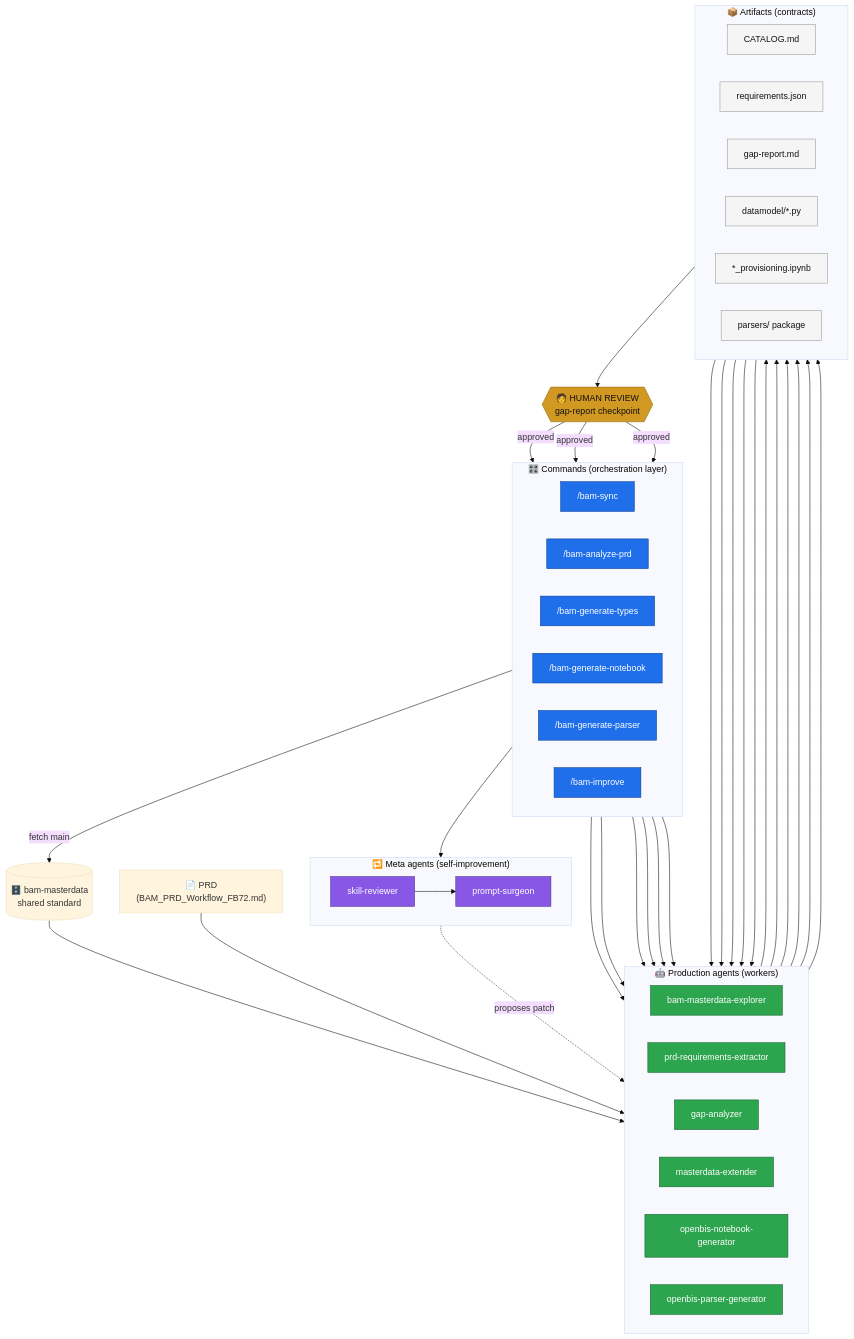
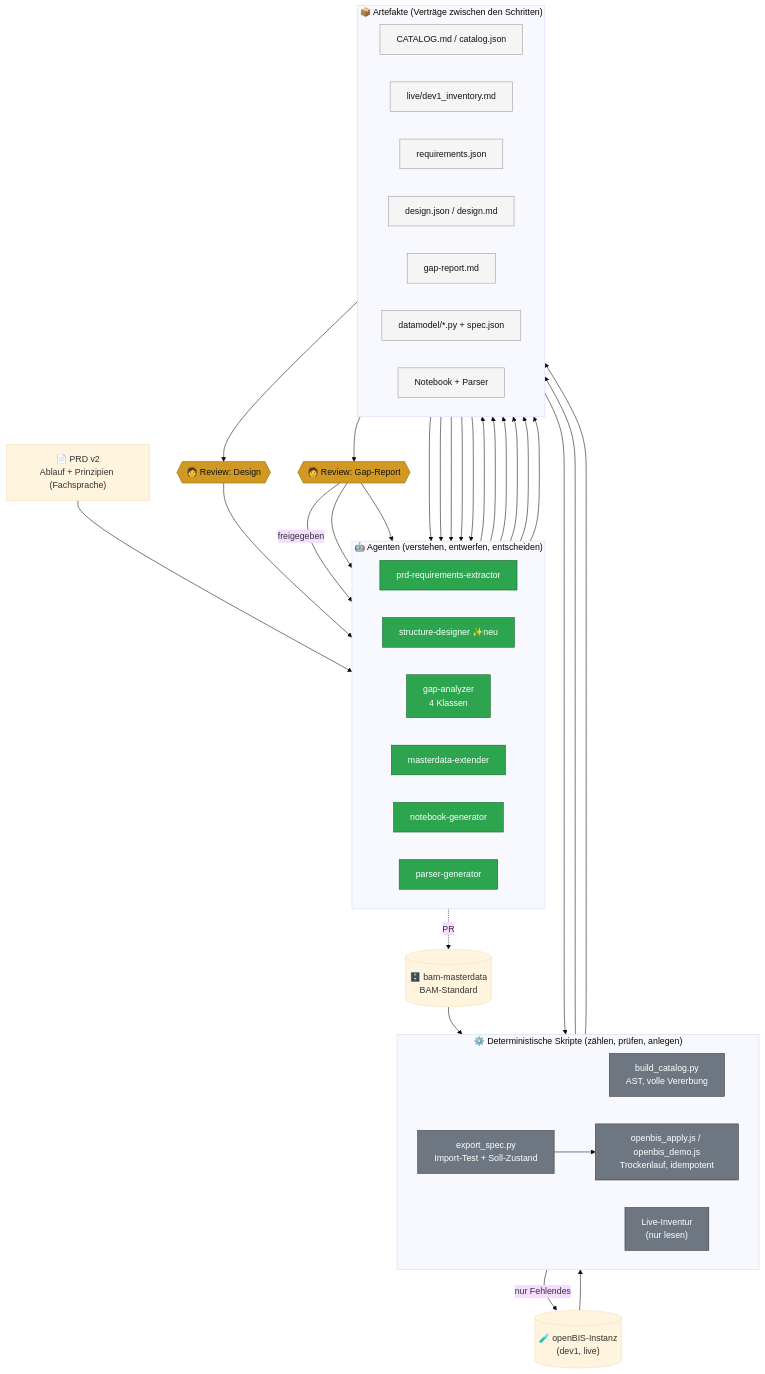
Before and after one commit to PGW-BAM/BAM-Datastore_Import_Agent: the diagram in presentation/diagrams/01_system_architecture.mmd, drawn with Mermaid. The commit also changed 55 other files, not shown here.

First line of the commit message:
FB 7.2: re-run pipeline with flat openBIS structure (PRD v2)

```diff
--- a/presentation/diagrams/01_system_architecture.mmd
+++ b/presentation/diagrams/01_system_architecture.mmd
@@ -1,79 +1,63 @@
 %%{init: {'theme':'base', 'themeVariables': {'fontSize':'16px'}}}%%
 flowchart TB
-    PRD["📄 PRD<br/>(BAM_PRD_Workflow_FB72.md)"]
-    STD[("🗄️ bam-masterdata<br/>shared standard")]
+    PRD["📄 PRD v2<br/>Ablauf + Prinzipien (Fachsprache)"]
+    STD[("🗄️ bam-masterdata<br/>BAM-Standard")]
+    LIVE[("🧪 openBIS-Instanz<br/>(dev1, live)")]
 
-    subgraph CMD["🎛️ Commands (orchestration layer)"]
+    subgraph SCRIPTS["⚙️ Deterministische Skripte (zählen, prüfen, anlegen)"]
         direction LR
-        C0["/bam-sync"]
-        C1["/bam-analyze-prd"]
-        C2a["/bam-generate-types"]
-        C2b["/bam-generate-notebook"]
-        C2c["/bam-generate-parser"]
-        C3["/bam-improve"]
+        K1["build_catalog.py<br/>AST, volle Vererbung"]
+        K2["Live-Inventur<br/>(nur lesen)"]
+        K3["export_spec.py<br/>Import-Test + Soll-Zustand"]
+        K4["openbis_apply.js / openbis_demo.js<br/>Trockenlauf, idempotent"]
     end
 
-    subgraph PROD["🤖 Production agents (workers)"]
+    subgraph PROD["🤖 Agenten (verstehen, entwerfen, entscheiden)"]
         direction LR
-        A1["bam-masterdata-explorer"]
         A2["prd-requirements-extractor"]
-        A3["gap-analyzer"]
+        A7["structure-designer ✨neu"]
+        A3["gap-analyzer<br/>4 Klassen"]
         A4["masterdata-extender"]
-        A5["openbis-notebook-generator"]
-        A6["openbis-parser-generator"]
+        A5["notebook-generator"]
+        A6["parser-generator"]
     end
 
-    subgraph META["🔁 Meta agents (self-improvement)"]
+    subgraph ART["📦 Artefakte (Verträge zwischen den Schritten)"]
         direction LR
-        M1["skill-reviewer"]
-        M2["prompt-surgeon"]
+        T1["CATALOG.md / catalog.json"]
+        T0["live/dev1_inventory.md"]
+        T2["requirements.json"]
+        T7["design.json / design.md"]
+        T3["gap-report.md"]
+        T4["datamodel/*.py + spec.json"]
+        T5["Notebook + Parser"]
     end
 
-    subgraph ART["📦 Artifacts (contracts)"]
-        direction LR
-        T1["CATALOG.md"]
-        T2["requirements.json"]
-        T3["gap-report.md"]
-        T4["datamodel/*.py"]
-        T5["*_provisioning.ipynb"]
-        T6["parsers/ package"]
-    end
+    H1{{"🧑 Review: Design"}}
+    H2{{"🧑 Review: Gap-Report"}}
 
-    REVIEW{{"🧑 HUMAN REVIEW<br/>gap-report checkpoint"}}
+    STD --> K1 --> T1
+    LIVE --> K2 --> T0
+    PRD --> A2 --> T2
+    T2 --> A7
+    T1 --> A7
+    T0 --> A7
+    A7 --> T7 --> H1
+    H1 --> A3
+    T1 --> A3
+    T0 --> A3
+    A3 --> T3 --> H2
+    H2 -->|freigegeben| A4 --> T4
+    T4 --> K3 --> K4 -->|nur Fehlendes| LIVE
+    H2 --> A5 --> T5
+    H2 --> A6 --> T5
+    A4 -.PR.-> STD
 
-    %% sync
-    C0 -->|fetch main| STD
-
-    %% analyze
-    C1 --> A1 --> T1
-    C1 --> A2 --> T2
-    C1 --> A3 --> T3
-    PRD --> A2
-    STD --> A1
-    T1 --> A3
-    T2 --> A3
-    T3 --> REVIEW
-
-    %% generate (after review)
-    REVIEW -->|approved| C2a --> A4 --> T4
-    REVIEW -->|approved| C2b --> A5 --> T5
-    REVIEW -->|approved| C2c --> A6 --> T6
-    T3 --> A4
-    T3 --> A5
-    T3 --> A6
-
-    %% improve loop
-    C3 --> M1 --> M2
-    M2 -.proposes patch.-> PROD
-
-    classDef cmd fill:#1f6feb,color:#fff,stroke:#0b3d91;
+    classDef script fill:#6e7781,color:#fff,stroke:#333;
     classDef prod fill:#2da44e,color:#fff,stroke:#16632e;
-    classDef meta fill:#8957e5,color:#fff,stroke:#4b2a8a;
     classDef art fill:#f5f5f5,color:#111,stroke:#999;
     classDef human fill:#d29922,color:#111,stroke:#8a6d11;
-
-    class C0,C1,C2a,C2b,C2c,C3 cmd;
-    class A1,A2,A3,A4,A5,A6 prod;
-    class M1,M2 meta;
-    class T1,T2,T3,T4,T5,T6 art;
-    class REVIEW human;
+    class K1,K2,K3,K4 script;
+    class A2,A7,A3,A4,A5,A6 prod;
+    class T0,T1,T2,T3,T4,T5,T7 art;
+    class H1,H2 human;
```
